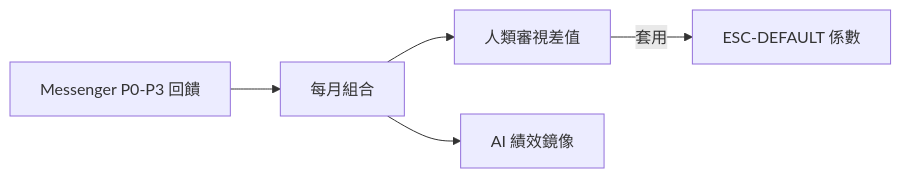
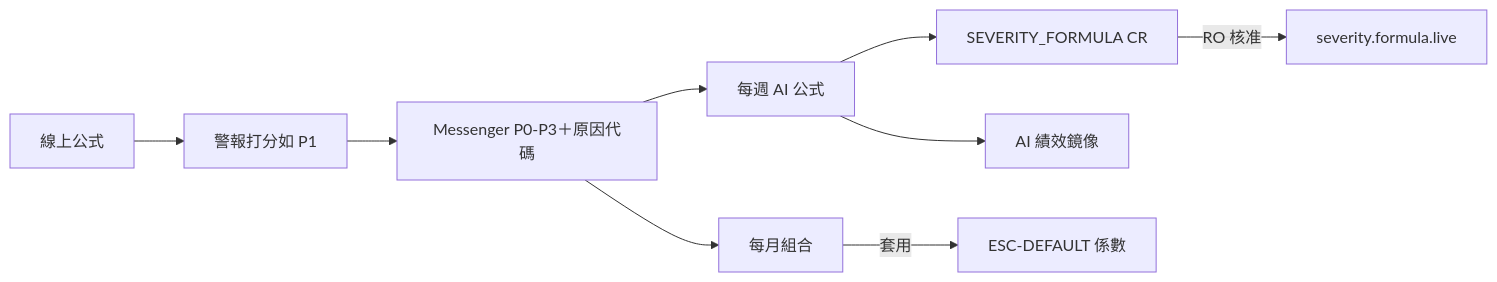
One commit to hxyan2020/PRD changed diagram 11 of 13 in platform/docs/USER_GUIDE.zh-Hant.md. Above: the diagram before and after it, drawn with Mermaid. The commit also changed other lines of this file and 9 other files, not shown here.

First line of the commit message:
Document severity formula loop in EN and Traditional Chinese docs.

````diff
--- a/platform/docs/USER_GUIDE.zh-Hant.md
+++ b/platform/docs/USER_GUIDE.zh-Hant.md
@@ -561,7 +571,11 @@
 ```mermaid
 flowchart LR
-  Msg[Messenger P0-P3 回饋] --> Month[每月組合]
-  Month --> Review[人類審視差值]
-  Review -->|套用| EscDefault[ESC-DEFAULT 係數]
-  Month --> Perf[AI 績效鏡像]
+  Formula[線上公式] --> Alert[警報打分如 P1]
+  Alert --> Msg[Messenger P0-P3＋原因代碼]
+  Msg --> Week[每週 AI 公式]
+  Week --> CR[SEVERITY_FORMULA CR]
+  CR -->|RO 核准| Live[severity.formula.live]
+  Msg --> Month[每月組合]
+  Month -->|套用| EscDefault[ESC-DEFAULT 係數]
+  Week --> Perf[AI 績效鏡像]
 ```
````
